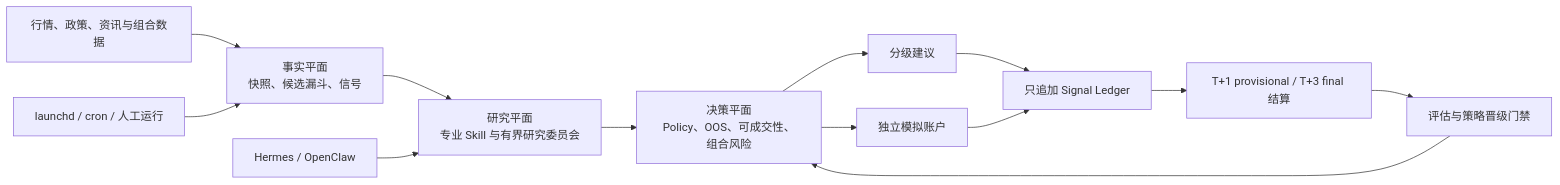
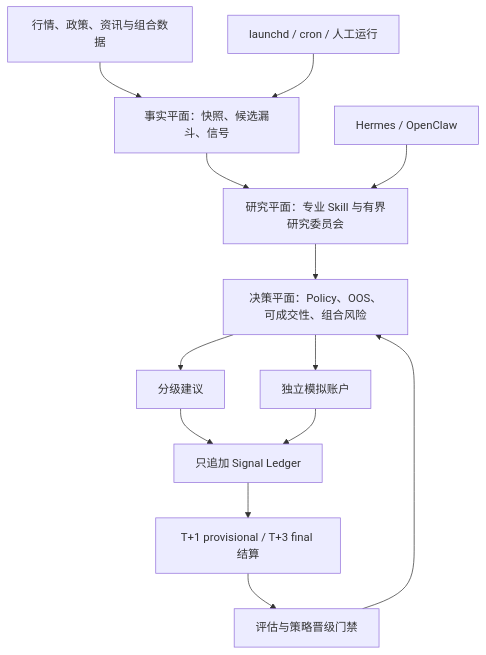
The diagram in README.zh-CN.md (Eleven1111/a-stock-agent-system), drawn with Mermaid before and after one commit. The commit also changed other lines of this file and 2 other files, not shown here.

````diff
--- a/README.zh-CN.md
+++ b/README.zh-CN.md
@@ -82,15 +82,15 @@
 ```mermaid
-flowchart LR
-    S["行情、政策、资讯与组合数据"] --> F["事实平面<br/>快照、候选漏斗、信号"]
-    F --> R["研究平面<br/>专业 Skill 与有界研究委员会"]
-    R --> D["决策平面<br/>Policy、OOS、可成交性、组合风险"]
+flowchart TD
+    S["行情、政策、资讯与组合数据"] --> F["事实平面：快照、候选漏斗、信号"]
+    F --> R["研究平面：专业 Skill 与有界研究委员会"]
+    R --> D["决策平面：Policy、OOS、可成交性、组合风险"]
     D --> O["分级建议"]
     D --> P["独立模拟账户"]
     O --> L["只追加 Signal Ledger"]
     P --> L
     L --> T["T+1 provisional / T+3 final 结算"]
     T --> E["评估与策略晋级门禁"]
     E --> D
     C["launchd / cron / 人工运行"] --> F
     H["Hermes / OpenClaw"] --> R
 ```
````
